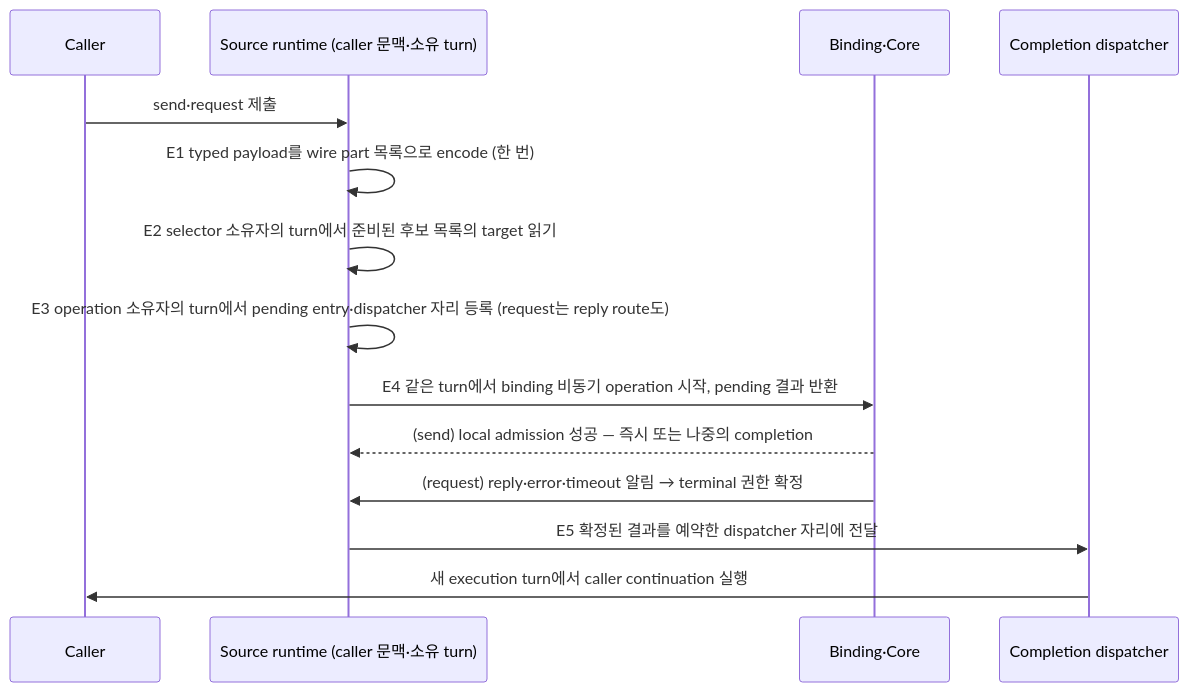
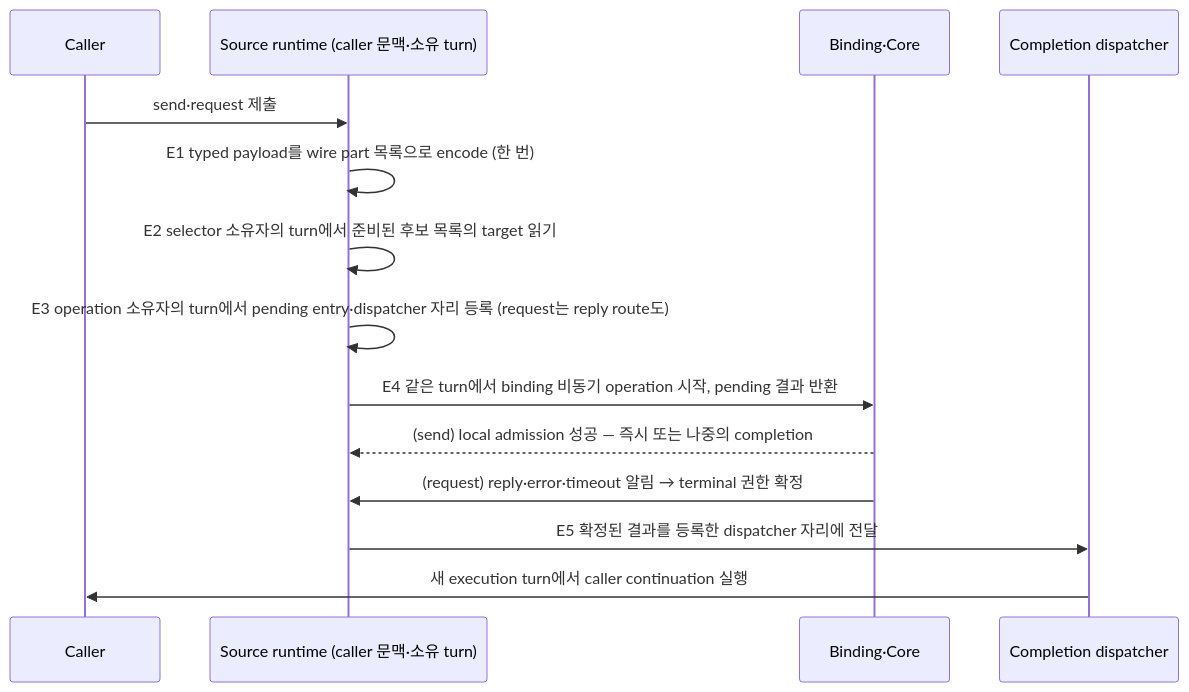
Before and after one commit to zlink-systems/zlink: the first of 2 diagrams in framework/doc/framework/common/spec/server/01-execution/08-messaging-hot-path.ko.md, drawn with Mermaid. The commit also changed other lines of this file and 61 other files, not shown here.

````diff
--- a/framework/doc/framework/common/spec/server/01-execution/08-messaging-hot-path.ko.md
+++ b/framework/doc/framework/common/spec/server/01-execution/08-messaging-hot-path.ko.md
@@ -74,17 +74,17 @@
 ```mermaid
 sequenceDiagram
     participant C as Caller
     participant R as Source runtime (caller 문맥·소유 turn)
     participant B as Binding·Core
     participant D as Completion dispatcher
 
     C->>R: send·request 제출
     R->>R: E1 typed payload를 wire part 목록으로 encode (한 번)
     R->>R: E2 selector 소유자의 turn에서 준비된 후보 목록의 target 읽기
     R->>R: E3 operation 소유자의 turn에서 pending entry·dispatcher 자리 등록 (request는 reply route도)
     R->>B: E4 같은 turn에서 binding 비동기 operation 시작, pending 결과 반환
     B-->>R: (send) local admission 성공 — 즉시 또는 나중의 completion
     B->>R: (request) reply·error·timeout 알림 → terminal 권한 확정
-    R->>D: E5 확정된 결과를 예약한 dispatcher 자리에 전달
+    R->>D: E5 확정된 결과를 등록한 dispatcher 자리에 전달
     D->>C: 새 execution turn에서 caller continuation 실행
 ```
````
